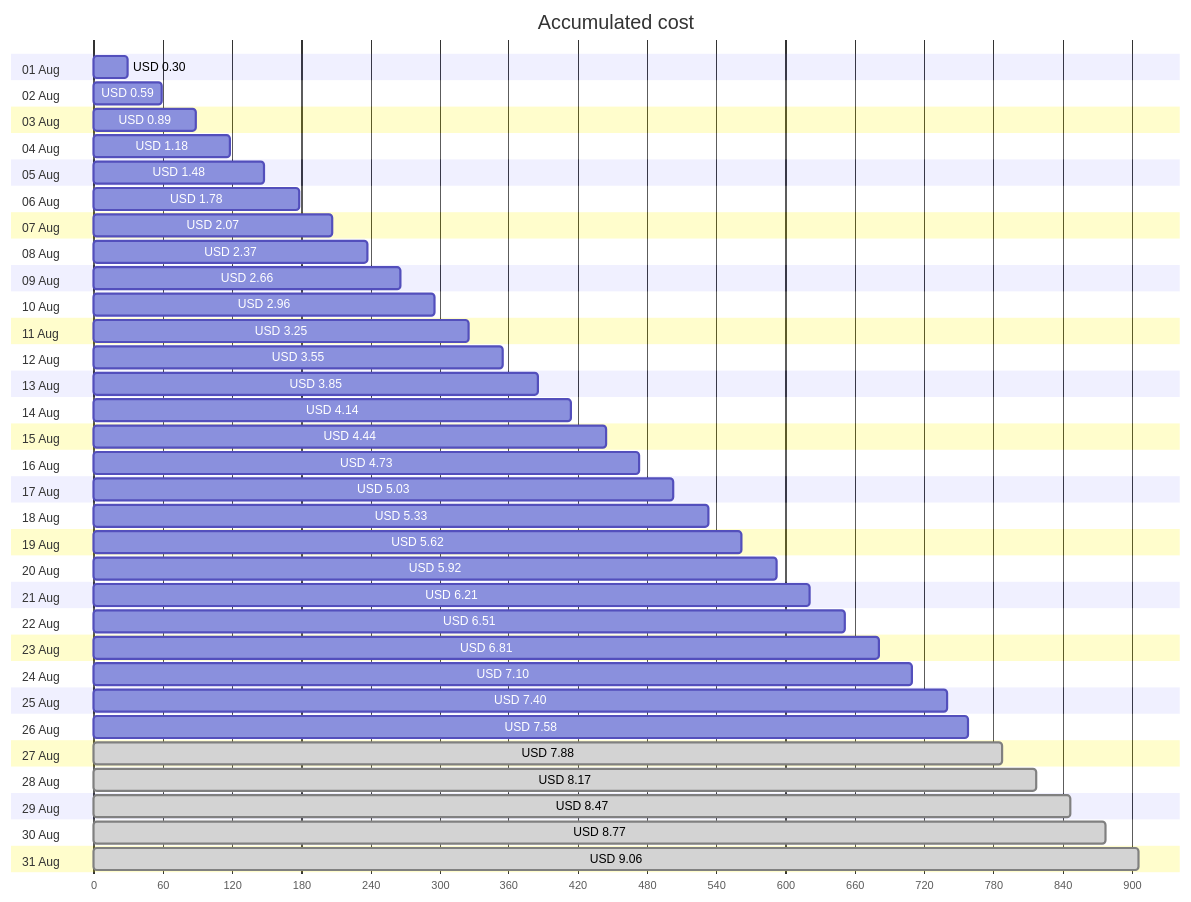
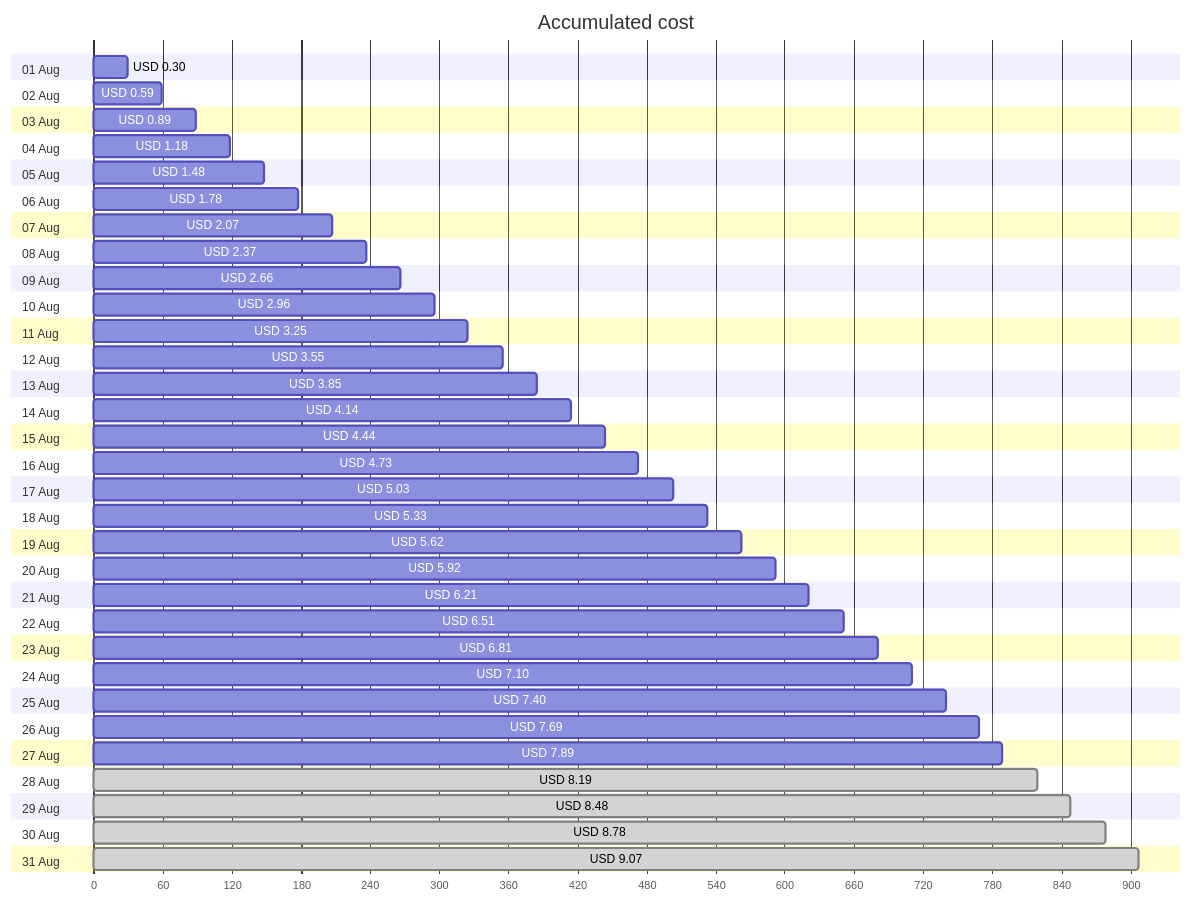
Before and after one commit to jpfulton/azure-personal-reports: the first of 4 diagrams in cost-reports/personal-site/personal-site-preview.md, drawn with Mermaid. The commit also changed other lines of this file and 6 other files, not shown here.

````diff
--- a/cost-reports/personal-site/personal-site-preview.md
+++ b/cost-reports/personal-site/personal-site-preview.md
@@ -20,68 +20,68 @@
 ```mermaid
 gantt
    title Accumulated cost
    dateFormat  X
    axisFormat %s
    section 01 Aug
    USD 0.30 :0, 30
    section 02 Aug
    USD 0.59 :0, 59
    section 03 Aug
    USD 0.89 :0, 89
    section 04 Aug
    USD 1.18 :0, 118
    section 05 Aug
    USD 1.48 :0, 148
    section 06 Aug
    USD 1.78 :0, 178
    section 07 Aug
    USD 2.07 :0, 207
    section 08 Aug
    USD 2.37 :0, 237
    section 09 Aug
    USD 2.66 :0, 266
    section 10 Aug
    USD 2.96 :0, 296
    section 11 Aug
    USD 3.25 :0, 325
    section 12 Aug
    USD 3.55 :0, 355
    section 13 Aug
    USD 3.85 :0, 385
    section 14 Aug
    USD 4.14 :0, 414
    section 15 Aug
    USD 4.44 :0, 444
    section 16 Aug
    USD 4.73 :0, 473
    section 17 Aug
    USD 5.03 :0, 503
    section 18 Aug
    USD 5.33 :0, 533
    section 19 Aug
    USD 5.62 :0, 562
    section 20 Aug
    USD 5.92 :0, 592
    section 21 Aug
    USD 6.21 :0, 621
    section 22 Aug
    USD 6.51 :0, 651
    section 23 Aug
    USD 6.81 :0, 681
    section 24 Aug
    USD 7.10 :0, 710
    section 25 Aug
    USD 7.40 :0, 740
    section 26 Aug
-   USD 7.58 :0, 758
+   USD 7.69 :0, 769
    section 27 Aug
-   USD 7.88 : done, 0, 788
+   USD 7.89 :0, 789
    section 28 Aug
-   USD 8.17 : done, 0, 817
+   USD 8.19 : done, 0, 819
    section 29 Aug
-   USD 8.47 : done, 0, 847
+   USD 8.48 : done, 0, 848
    section 30 Aug
-   USD 8.77 : done, 0, 877
+   USD 8.78 : done, 0, 878
    section 31 Aug
-   USD 9.06 : done, 0, 906
+   USD 9.07 : done, 0, 907
 ```
````
